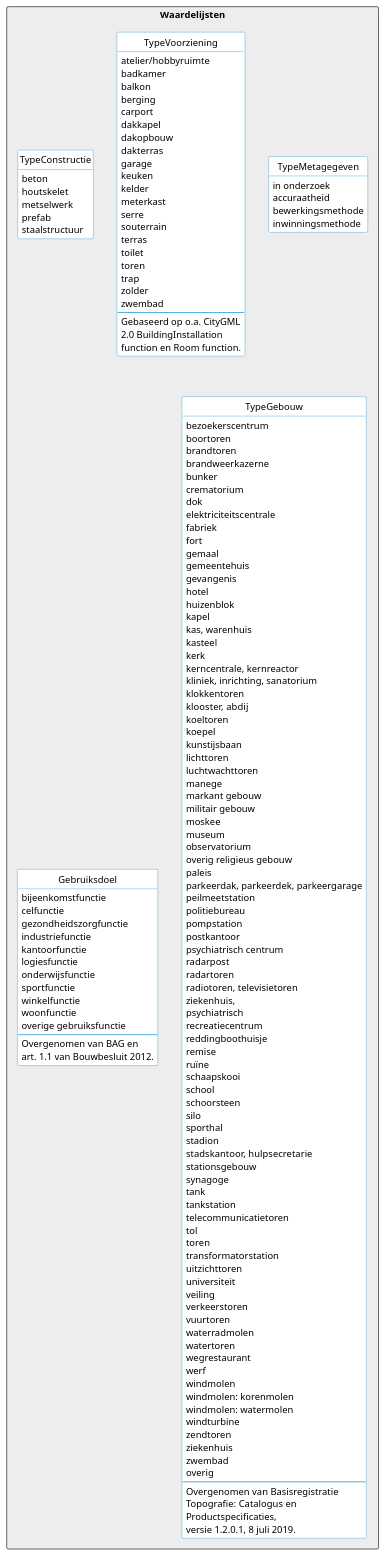
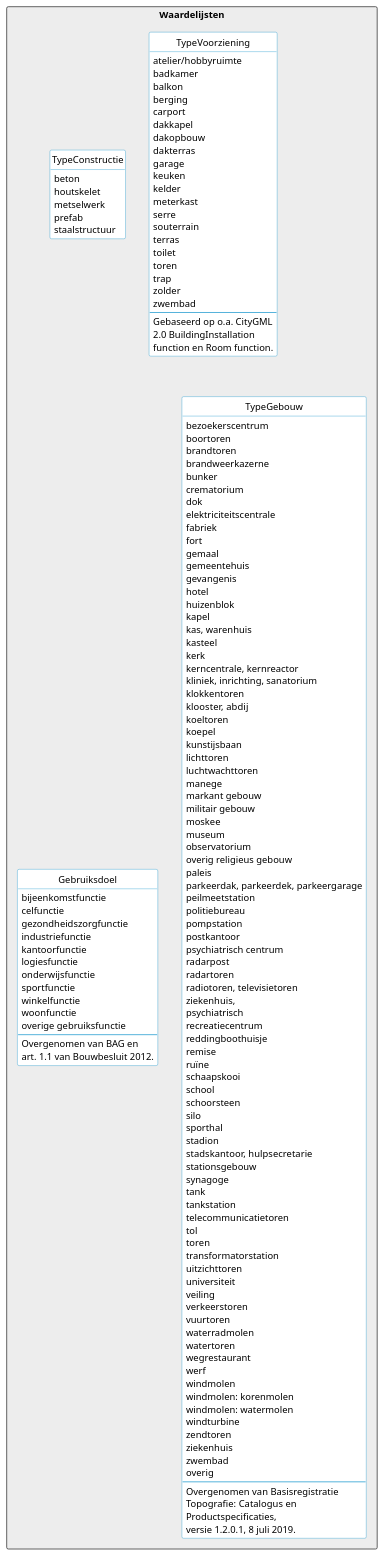
The diagram in model/waardelijsten.puml (geobasisregistraties/werkgroep-bouwwerken), drawn with PlantUML before and after one commit.

```diff
--- a/model/waardelijsten.puml
+++ b/model/waardelijsten.puml
@@ -1,197 +1,197 @@
 @startuml
 
 ' skinparam linetype ortho
 ' skinparam linetype polyline
 
 skinparam class {
     BackgroundColor #ffffff
     BorderColor #008dc9
     ArrowColor #00387d
     ArrowThickness 1.5
 }
 
 hide empty members
 
 hide circle
 
 hide stereotype
 
 package "Waardelijsten" <<rectangle>> #ededed {
     ' https://www.groephuyzentruyt.be/blog/de-verschillende-bouwmethodes
     class TypeConstructie << Referentielijst >> {
         beton
         houtskelet
         metselwerk
         prefab
         staalstructuur
     }
 
     class TypeVoorziening << Referentielijst >> {
         atelier/hobbyruimte
         badkamer
         balkon
         berging
         carport
         dakkapel
         dakopbouw
         dakterras
         garage
         keuken
         kelder
         meterkast
         serre
         souterrain
         terras
         toilet
         toren
         trap
         zolder
         zwembad
         --
         Gebaseerd op o.a. CityGML
         2.0 BuildingInstallation
         function en Room function.
     }
 
-    class TypeMetagegeven << Referentielijst >> {
-        in onderzoek
-        accuraatheid
-        bewerkingsmethode
-        inwinningsmethode
-    }
+'     class TypeMetagegeven << Referentielijst >> {
+'         in onderzoek
+'         accuraatheid
+'         bewerkingsmethode
+'         inwinningsmethode
+'     }
 
     class Gebruiksdoel << Referentielijst >> {
         bijeenkomstfunctie
         celfunctie
         gezondheidszorgfunctie
         industriefunctie
         kantoorfunctie
         logiesfunctie
         onderwijsfunctie
         sportfunctie
         winkelfunctie
         woonfunctie
         overige gebruiksfunctie
         --
         Overgenomen van BAG en
         art. 1.1 van Bouwbesluit 2012.
     }
 
     class TypeGebouw << Referentielijst >> {
 ' http://inspire.ec.europa.eu/codelist/BuildingNatureValue
 '         boog
 '         bunker
 '         dam
 '         grotgebouw
 '         kapel
 '         kas
 '         kasteel
 '         kerk
 '         moskee
 '         opslagtank
 '         overkapping
 '         schuur
 '         silo
 '         stadion
 '         synagoge
 '         tempel
 '         toren
 '         vuurtoren
 '         windmolen
 '         windturbine
 '         zonnescherm
 '         --
 '         Overgenomen van INSPIRE
 '         BuildingNatureValue.
 '
         bezoekerscentrum
         boortoren
         brandtoren
         brandweerkazerne
         bunker
         crematorium
         dok
         elektriciteitscentrale
         fabriek
         fort
         gemaal
         gemeentehuis
         gevangenis
         hotel
         huizenblok
         kapel
         kas, warenhuis
         kasteel
         kerk
         kerncentrale, kernreactor
         kliniek, inrichting, sanatorium
         klokkentoren
         klooster, abdij
         koeltoren
         koepel
         kunstijsbaan
         lichttoren
         luchtwachttoren
         manege
         markant gebouw
         militair gebouw
         moskee
         museum
         observatorium
         overig religieus gebouw
         paleis
         parkeerdak, parkeerdek, parkeergarage
         peilmeetstation
         politiebureau
         pompstation
         postkantoor
         psychiatrisch centrum
         radarpost
         radartoren
         radiotoren, televisietoren
         ziekenhuis,
         psychiatrisch
         recreatiecentrum
         reddingboothuisje
         remise
         ruïne
         schaapskooi
         school
         schoorsteen
         silo
         sporthal
         stadion
         stadskantoor, hulpsecretarie
         stationsgebouw
         synagoge
         tank
         tankstation
         telecommunicatietoren
         tol
         toren
         transformatorstation
         uitzichttoren
         universiteit
         veiling
         verkeerstoren
         vuurtoren
         waterradmolen
         watertoren
         wegrestaurant
         werf
         windmolen
         windmolen: korenmolen
         windmolen: watermolen
         windturbine
         zendtoren
         ziekenhuis
         zwembad
         overig
         --
         Overgenomen van Basisregistratie
         Topografie: Catalogus en
         Productspecificaties,
         versie 1.2.0.1, 8 juli 2019.
     }
 }
 @enduml
```
